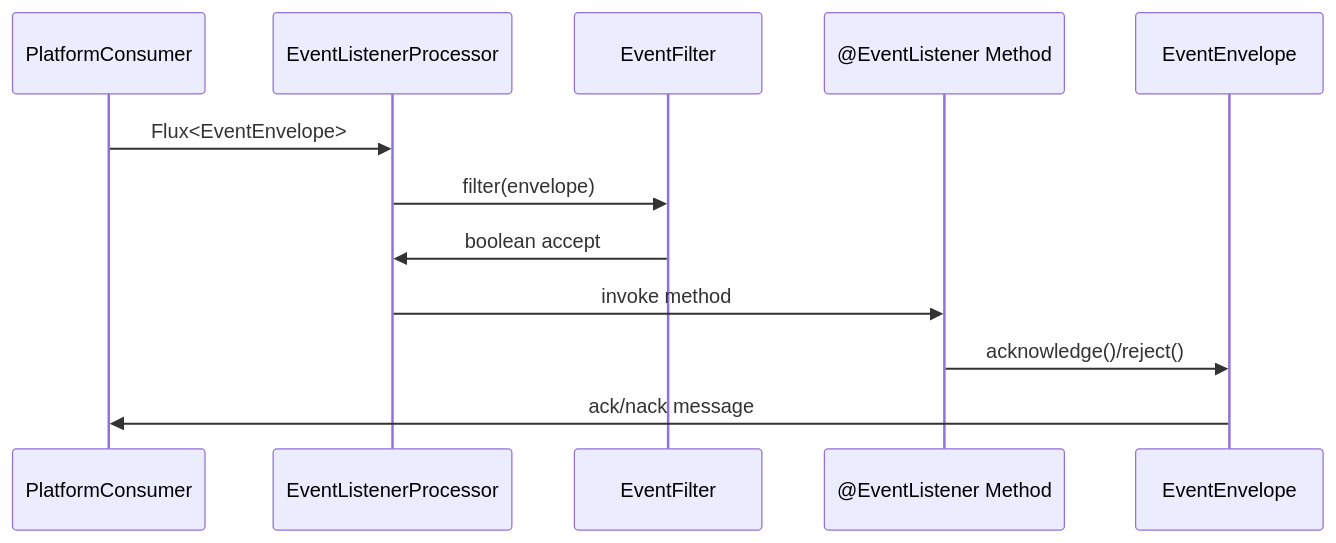
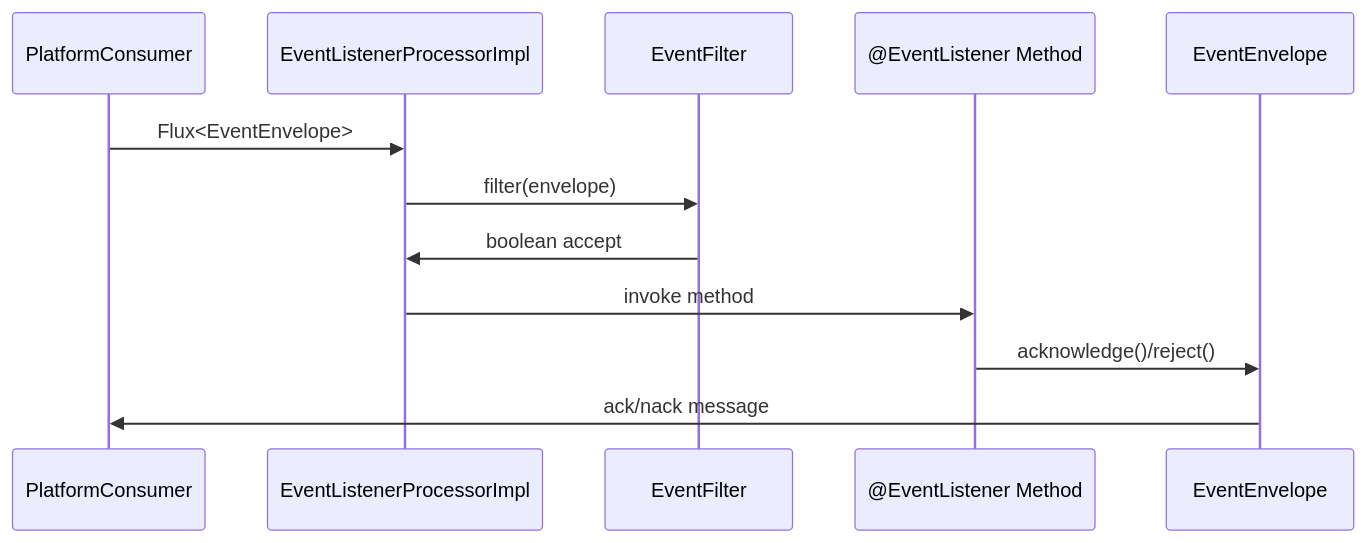
One commit to fireflyframework/fireflyframework-jafly changed the second of 2 diagrams in modules/eda/docs/ARCHITECTURE.md. Above: the diagram before and after it, drawn with Mermaid. The commit also changed other lines of this file and 1166 other files, not shown here.

````diff
--- a/modules/eda/docs/ARCHITECTURE.md
+++ b/modules/eda/docs/ARCHITECTURE.md
@@ -173,15 +173,15 @@
 ```mermaid
 sequenceDiagram
     participant Platform as PlatformConsumer
-    participant Processor as EventListenerProcessor
+    participant Processor as EventListenerProcessorImpl
     participant Filter as EventFilter
     participant Handler as @EventListener Method
     participant Envelope as EventEnvelope
 
     Platform->>Processor: Flux<EventEnvelope>
     Processor->>Filter: filter(envelope)
     Filter->>Processor: boolean accept
     Processor->>Handler: invoke method
     Handler->>Envelope: acknowledge()/reject()
     Envelope->>Platform: ack/nack message
 ```
````
